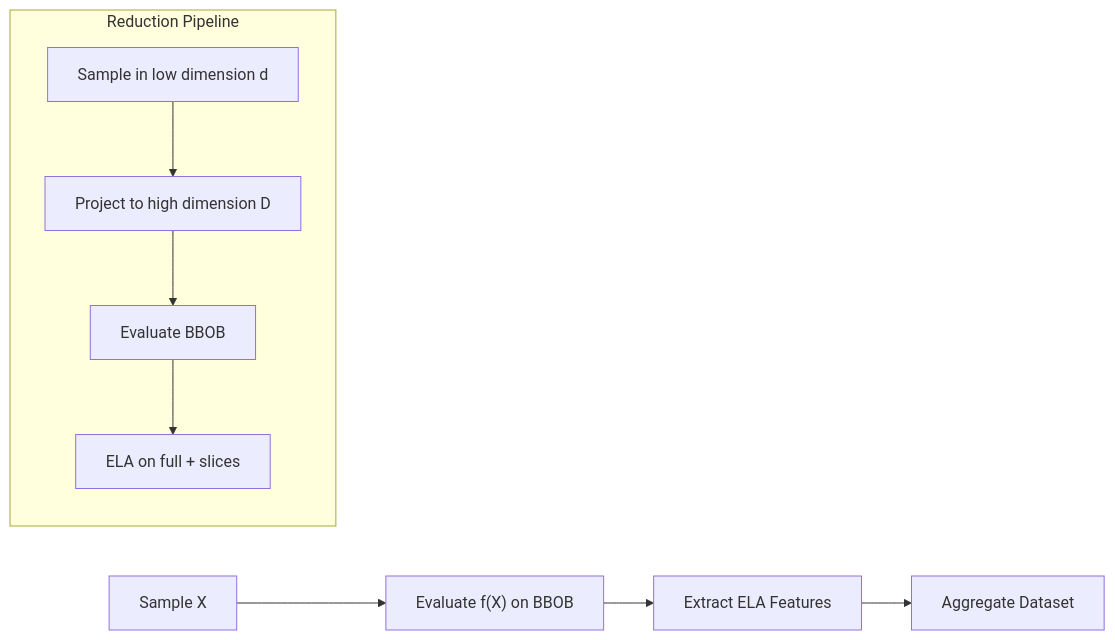
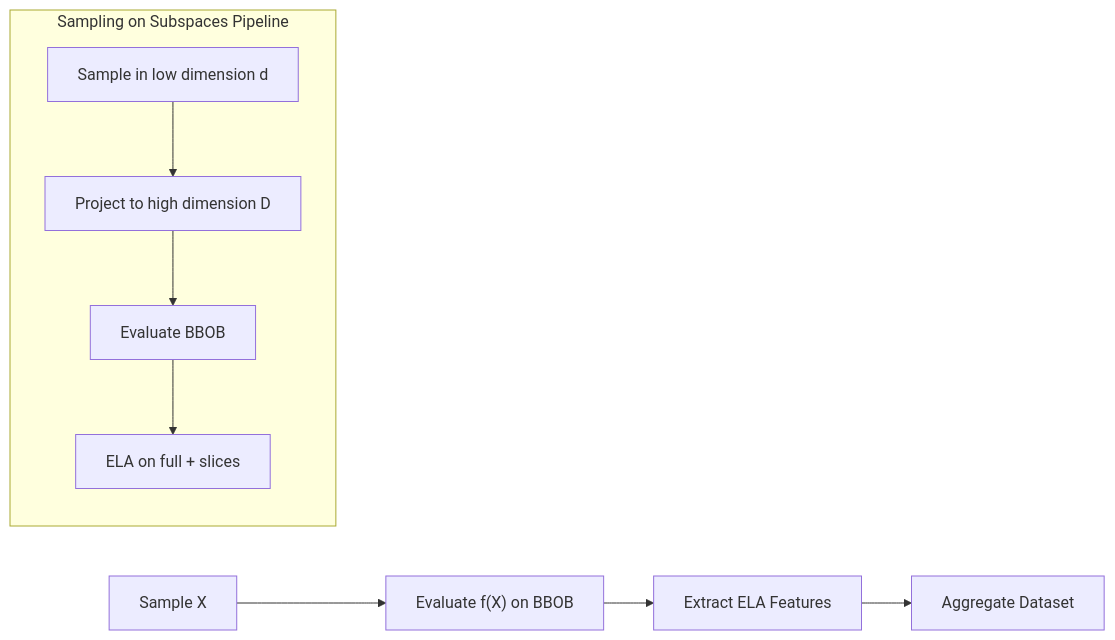
Before and after one commit to olarterodriguezivan/Random_embeddings_BBOB: the diagram in README.md, drawn with Mermaid.

Commit message:
Rename 'Reduction Pipeline' to 'Sampling on Subspaces Pipeline'

````diff
--- a/README.md
+++ b/README.md
@@ -20,15 +20,15 @@
 ```mermaid
 flowchart LR
     A[Sample X] --> B["Evaluate f(X) on BBOB"]
     B --> C[Extract ELA Features]
     C --> D[Aggregate Dataset]
 
-    subgraph Advanced ["Reduction Pipeline"]
+    subgraph Advanced ["Sampling on Subspaces Pipeline"]
         E[Sample in low dimension d]
         F[Project to high dimension D]
         G[Evaluate BBOB]
         H[ELA on full + slices]
     end
 
     E --> F --> G --> H
 ```
````
